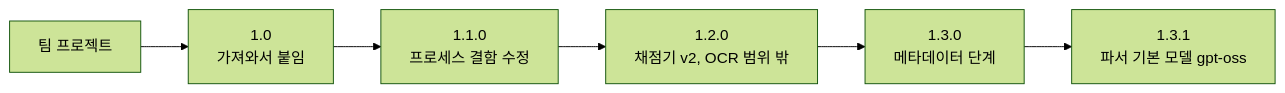
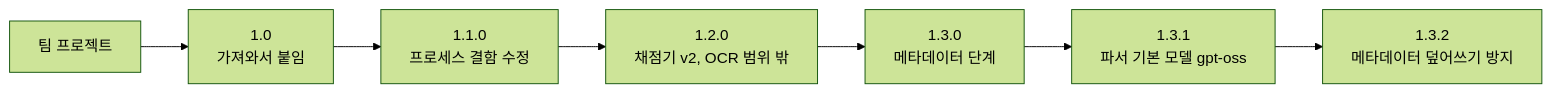
Before and after one commit to adover134/hierarchical-md-rag: the first of 2 diagrams in docs/08_버전과_브랜치.md, drawn with Mermaid (forest theme). The commit also changed other lines of this file and 1 other file, not shown here.

````diff
--- a/docs/08_버전과_브랜치.md
+++ b/docs/08_버전과_브랜치.md
@@ -10,8 +10,9 @@
 ```mermaid
 flowchart LR
     T["팀 프로젝트"] --> V10["1.0<br/>가져와서 붙임"]
     V10 --> V11["1.1.0<br/>프로세스 결함 수정"]
     V11 --> V12["1.2.0<br/>채점기 v2, OCR 범위 밖"]
     V12 --> V13["1.3.0<br/>메타데이터 단계"]
     V13 --> V131["1.3.1<br/>파서 기본 모델 gpt-oss"]
+    V131 --> V132["1.3.2<br/>메타데이터 덮어쓰기 방지"]
 ```
````
